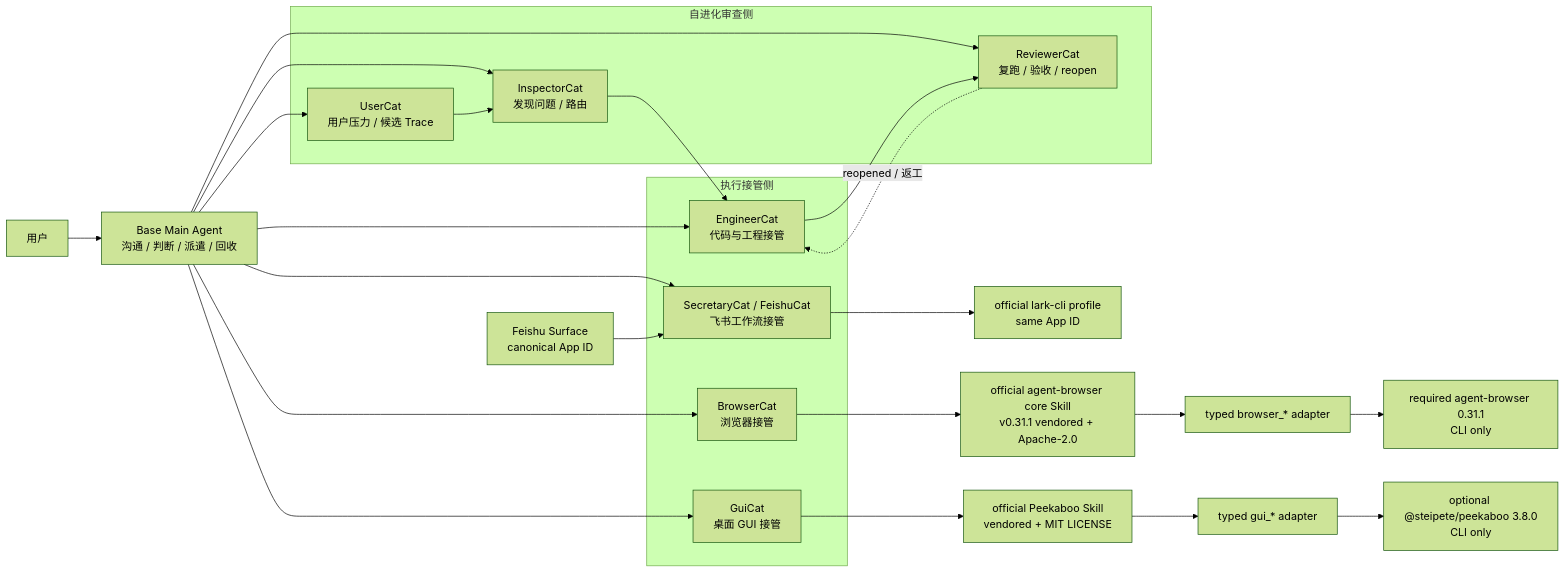
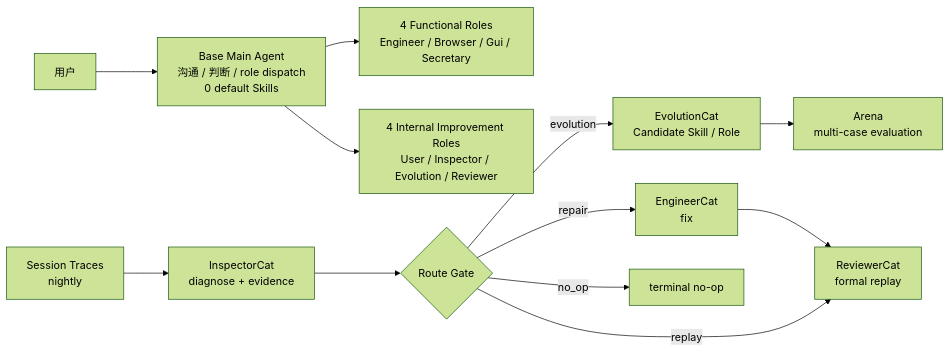
One commit to fightheyyy/XiaoBa-CLI changed the second of 2 diagrams in docs/roles-skills/SPEC.md. Above: the diagram before and after it, drawn with Mermaid (forest theme). The commit also changed other lines of this file and 103 other files, not shown here.

````diff
--- a/docs/roles-skills/SPEC.md
+++ b/docs/roles-skills/SPEC.md
@@ -78,41 +56,15 @@
 ```mermaid
 flowchart LR
-    User["用户"] --> Base["Base Main Agent<br/>沟通 / 判断 / 派遣 / 回收"]
+    User["用户"] --> Base["Base Main Agent<br/>沟通 / 判断 / role dispatch<br/>0 default Skills"]
+    Base --> Functional["4 Functional Roles<br/>Engineer / Browser / Gui / Secretary"]
+    Base --> Internal["4 Internal Improvement Roles<br/>User / Inspector / Evolution / Reviewer"]
 
-    subgraph Review["自进化审查侧"]
-        UserCat["UserCat<br/>用户压力 / 候选 Trace"]
-        Inspector["InspectorCat<br/>发现问题 / 路由"]
-        Reviewer["ReviewerCat<br/>复跑 / 验收 / reopen"]
-    end
-
-    subgraph Execution["执行接管侧"]
-        Engineer["EngineerCat<br/>代码与工程接管"]
-        Browser["BrowserCat<br/>浏览器接管"]
-        GUI["GuiCat<br/>桌面 GUI 接管"]
-        Secretary["SecretaryCat / FeishuCat<br/>飞书工作流接管"]
-    end
-
-    Base --> UserCat
-    Base --> Inspector
-    Base --> Reviewer
-    Base --> Engineer
-    Base --> Browser
-    Base --> GUI
-    Base --> Secretary
-
-    SurfaceApp["Feishu Surface<br/>canonical App ID"] --> Secretary
-    Secretary --> LarkProfile["official lark-cli profile<br/>same App ID"]
-
-    Browser --> BrowserSkill["official agent-browser core Skill<br/>v0.31.1 vendored + Apache-2.0"]
-    BrowserSkill --> BrowserAdapter["typed browser_* adapter"]
-    BrowserAdapter --> AgentBrowserPackage["required agent-browser 0.31.1<br/>CLI only"]
-
-    GUI --> GuiSkill["official Peekaboo Skill<br/>vendored + MIT LICENSE"]
-    GuiSkill --> GuiAdapter["typed gui_* adapter"]
-    GuiAdapter --> PeekabooPackage["optional @steipete/peekaboo 3.8.0<br/>CLI only"]
-
-    UserCat --> Inspector
-    Inspector --> Engineer
-    Engineer --> Reviewer
-    Reviewer -. "reopened / 返工" .-> Engineer
+    Traces["Session Traces<br/>nightly"] --> Inspector["InspectorCat<br/>diagnose + evidence"]
+    Inspector --> Gate{"Route Gate"}
+    Gate -->|evolution| Evolution["EvolutionCat<br/>Candidate Skill / Role"]
+    Evolution --> Arena["Arena<br/>multi-case evaluation"]
+    Gate -->|repair| Engineer["EngineerCat<br/>fix"]
+    Engineer --> Reviewer["ReviewerCat<br/>formal replay"]
+    Gate -->|replay| Reviewer
+    Gate -->|no_op| NoOp["terminal no-op"]
 ```
````
